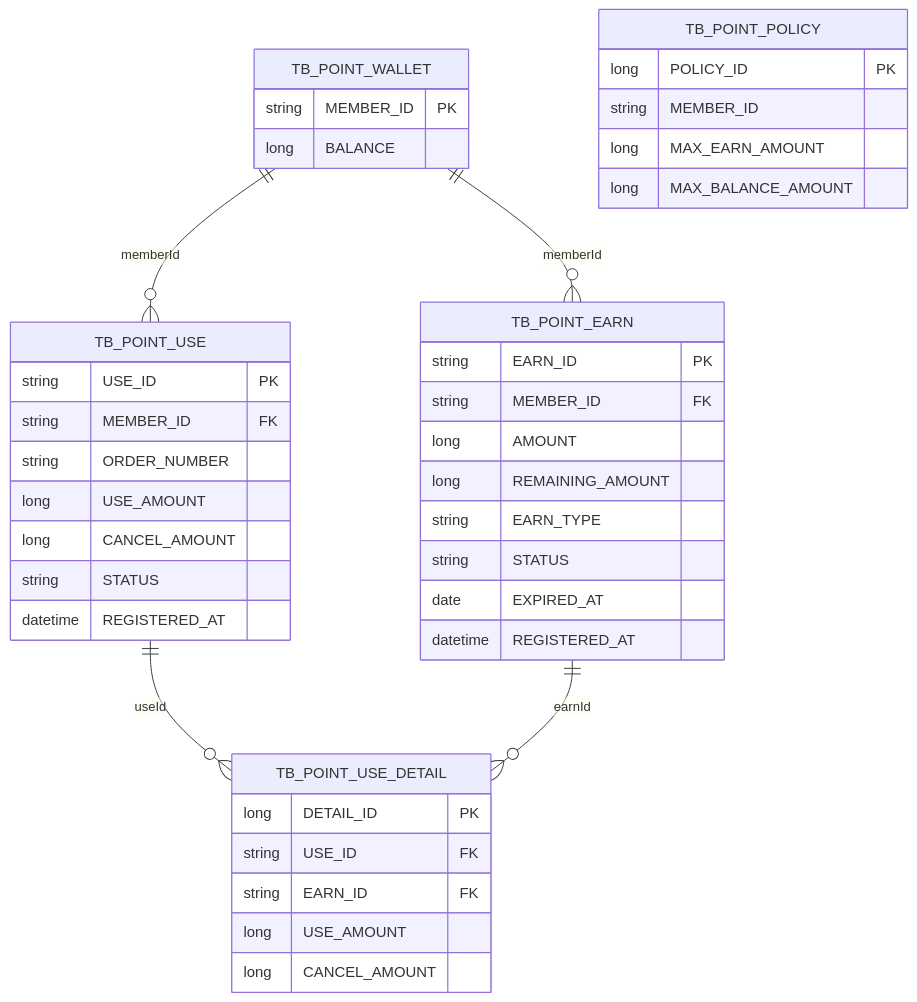
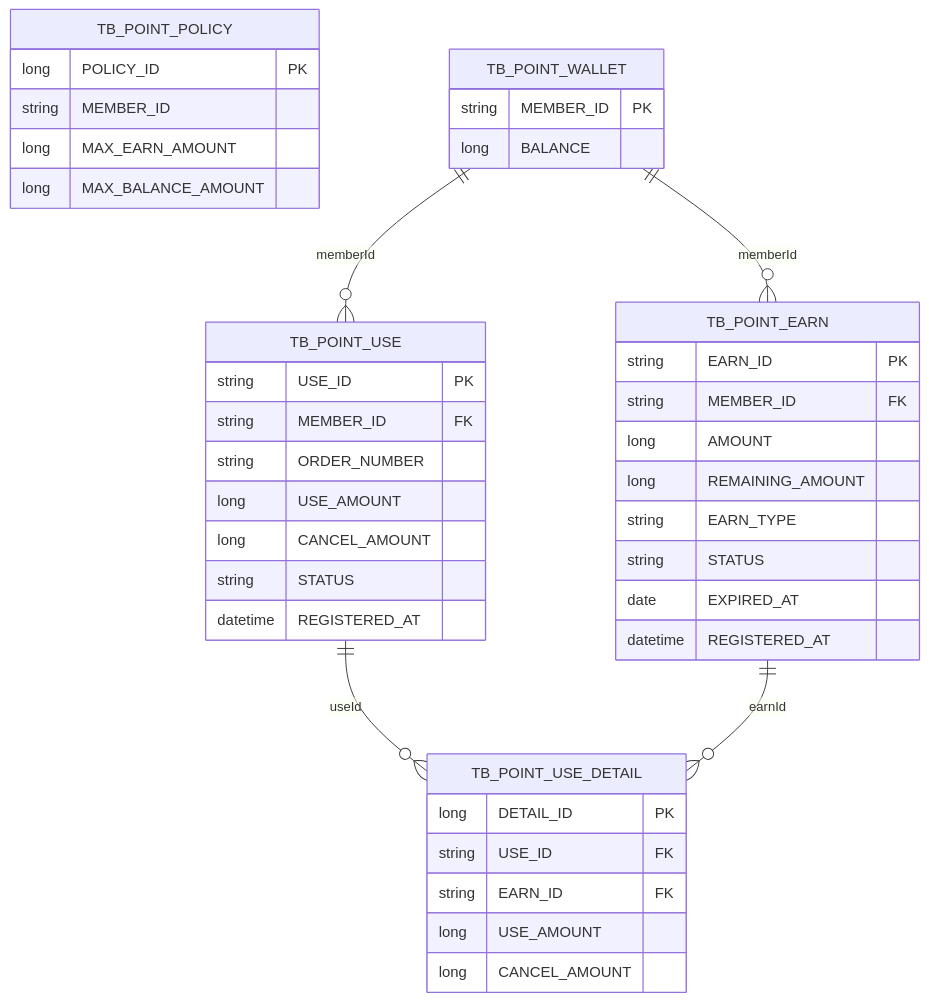
Before and after one commit to hbbaek/musinsacoding-pointsystem-20260501: the diagram in README.md, drawn with Mermaid. The commit also changed other lines of this file, not shown here.

````diff
--- a/README.md
+++ b/README.md
@@ -92,48 +93,48 @@
 ```mermaid
 erDiagram
+    TB_POINT_POLICY {
+        long POLICY_ID PK
+        string MEMBER_ID
+        long MAX_EARN_AMOUNT
+        long MAX_BALANCE_AMOUNT
+    }
+
     TB_POINT_WALLET {
         string MEMBER_ID PK
         long BALANCE
     }
 
     TB_POINT_EARN {
         string EARN_ID PK
         string MEMBER_ID FK
         long AMOUNT
         long REMAINING_AMOUNT
         string EARN_TYPE
         string STATUS
         date EXPIRED_AT
         datetime REGISTERED_AT
     }
 
     TB_POINT_USE {
         string USE_ID PK
         string MEMBER_ID FK
         string ORDER_NUMBER
         long USE_AMOUNT
         long CANCEL_AMOUNT
         string STATUS
         datetime REGISTERED_AT
     }
 
     TB_POINT_USE_DETAIL {
         long DETAIL_ID PK
         string USE_ID FK
         string EARN_ID FK
         long USE_AMOUNT
         long CANCEL_AMOUNT
     }
 
-    TB_POINT_POLICY {
-        long POLICY_ID PK
-        string MEMBER_ID
-        long MAX_EARN_AMOUNT
-        long MAX_BALANCE_AMOUNT
-    }
-
     TB_POINT_WALLET ||--o{ TB_POINT_EARN : "memberId"
     TB_POINT_WALLET ||--o{ TB_POINT_USE : "memberId"
     TB_POINT_USE ||--o{ TB_POINT_USE_DETAIL : "useId"
     TB_POINT_EARN ||--o{ TB_POINT_USE_DETAIL : "earnId"
 ```
````
